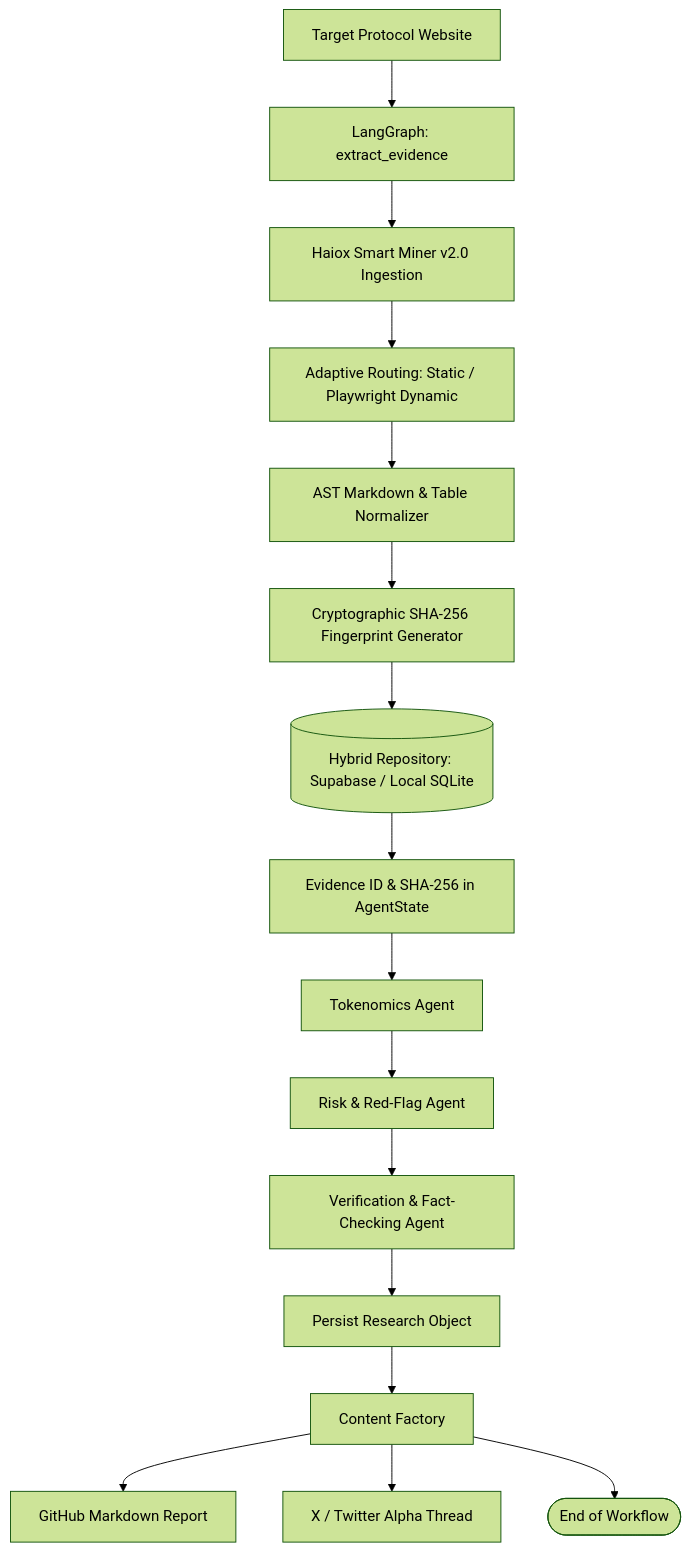
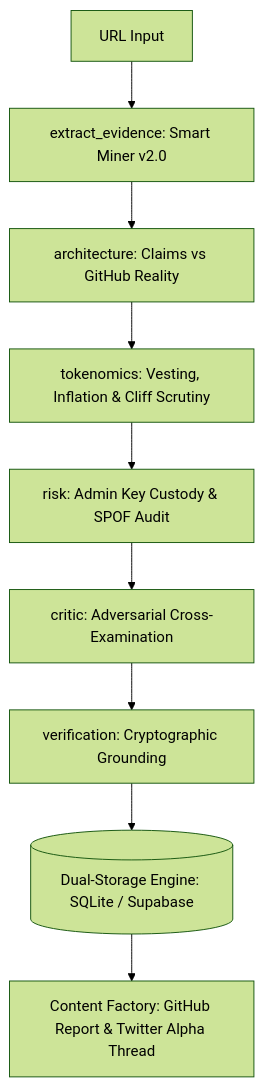
Before and after one commit to haiox/Haiox_Deep_Research: the second of 2 diagrams in README.md, drawn with Mermaid (forest theme). The commit also changed other lines of this file, not shown here.

Commit message:
docs(portfolio): upgrade README to flagship enterprise standard with Streamlit cockpit, Mermaid topology & live case study

````diff
--- a/README.md
+++ b/README.md
@@ -46,18 +48,11 @@
 ```mermaid
 flowchart TD
-    A[Target Protocol Website] --> B[LangGraph: extract_evidence]
-    B --> C[Haiox Smart Miner v2.0 Ingestion]
-    C --> D[Adaptive Routing: Static / Playwright Dynamic]
-    D --> E[AST Markdown & Table Normalizer]
-    E --> F[Cryptographic SHA-256 Fingerprint Generator]
-    F --> G[(Hybrid Repository: Supabase / Local SQLite)]
-    G --> H[Evidence ID & SHA-256 in AgentState]
-    H --> I[Tokenomics Agent]
-    I --> J[Risk & Red-Flag Agent]
-    J --> K[Verification & Fact-Checking Agent]
-    K --> L[Persist Research Object]
-    L --> M[Content Factory]
-    M --> N[GitHub Markdown Report]
-    M --> O[X / Twitter Alpha Thread]
-    M --> P([End of Workflow])
+    A[URL Input] --> B[extract_evidence: Smart Miner v2.0]
+    B --> C[architecture: Claims vs GitHub Reality]
+    C --> D[tokenomics: Vesting, Inflation & Cliff Scrutiny]
+    D --> E[risk: Admin Key Custody & SPOF Audit]
+    E --> F[critic: Adversarial Cross-Examination]
+    F --> G[verification: Cryptographic Grounding]
+    G --> H[(Dual-Storage Engine: SQLite / Supabase)]
+    H --> I[Content Factory: GitHub Report & Twitter Alpha Thread]
 ```
````
